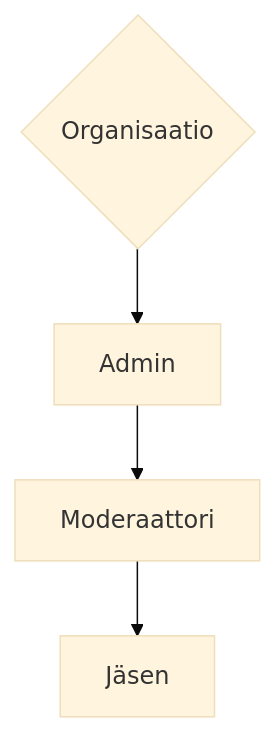
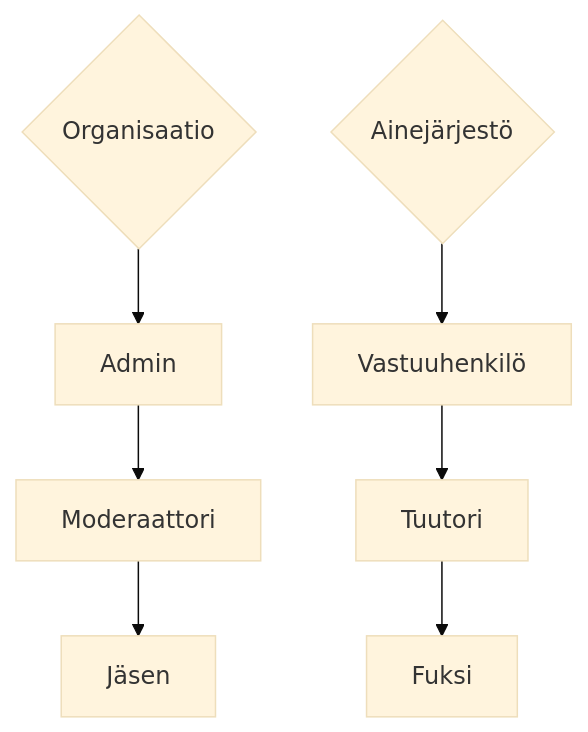
Before and after one commit to taskimatti/taskimatti: the diagram in docs/USERCASE.md, drawn with Mermaid (base theme). The commit also changed other lines of this file and 2 other files, not shown here.

Commit message:
Cleaned formatting and added text to presentation

`````diff
--- a/docs/USERCASE.md
+++ b/docs/USERCASE.md
@@ -4,8 +5,12 @@
 ````mermaid
 graph TD
 ;
     Organisation{Organisaatio} --> Admin;
     Admin -->Moderaattori;
     Moderaattori --> Jäsen
 
+    Ainejärjestö{Ainejärjestö} --> Vastuuhenkilö;
+    Vastuuhenkilö --> Tuutori
+    Tuutori --> Fuksi
+
 ````
`````
